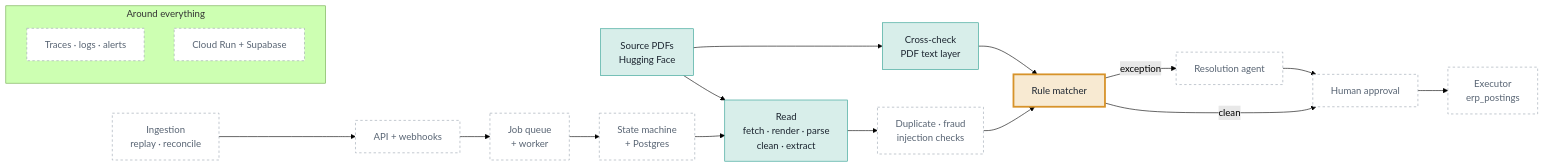
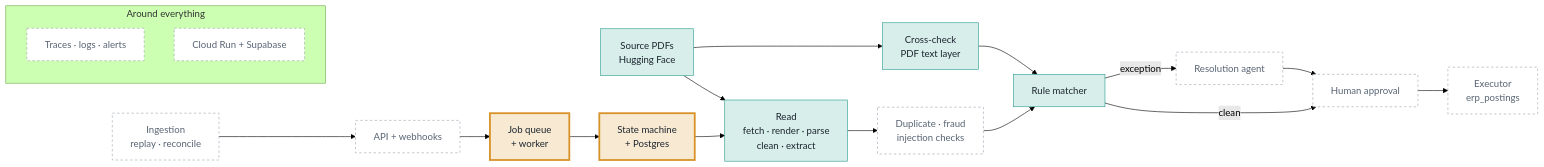
The second of 2 diagrams in docs/PROGRESS.md (DevLCodes/three-way-match), drawn with Mermaid (forest theme) before and after one commit. The commit also changed other lines of this file and 3 other files, not shown here.

````diff
--- a/docs/PROGRESS.md
+++ b/docs/PROGRESS.md
@@ -43,38 +43,38 @@
 ```mermaid
 flowchart LR
   pdfs["Source PDFs<br/>Hugging Face"]:::done
   read["Read<br/>fetch · render · parse<br/>clean · extract"]:::done
   xcheck["Cross-check<br/>PDF text layer"]:::done
-  match["Rule matcher"]:::next
-  state["State machine<br/>+ Postgres"]:::todo
-  queue["Job queue<br/>+ worker"]:::todo
+  match["Rule matcher"]:::done
+  state["State machine<br/>+ Postgres"]:::next
+  queue["Job queue<br/>+ worker"]:::next
   api["API + webhooks"]:::todo
   ingest["Ingestion<br/>replay · reconcile"]:::todo
   checks["Duplicate · fraud<br/>injection checks"]:::todo
   agent["Resolution agent"]:::todo
   approve["Human approval"]:::todo
   exec["Executor<br/>erp_postings"]:::todo
   %% obs in platform
   %% cloud in platform
   subgraph platform["Around everything"]
     direction TB
     obs["Traces · logs · alerts"]:::todo
     cloud["Cloud Run + Supabase"]:::todo
   end
   ingest --> api
   api --> queue
   queue --> state
   pdfs --> read
   pdfs --> xcheck
   state --> read
   read --> checks
   checks --> match
   xcheck --> match
   match -- clean --> approve
   match -- exception --> agent
   agent --> approve
   approve --> exec
   classDef done fill:#d8eeea,stroke:#2a9d8f,color:#1c2530
   classDef next fill:#f8ead2,stroke:#d7932a,stroke-width:3px,color:#1c2530
   classDef todo fill:#ffffff,stroke:#9aa5b1,stroke-dasharray:4 4,color:#586473
 ```
````
